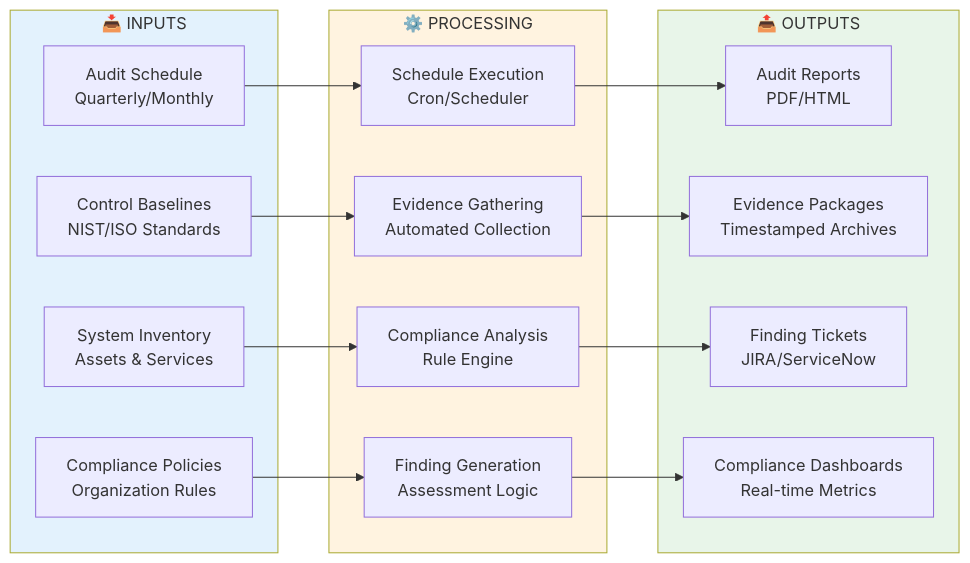
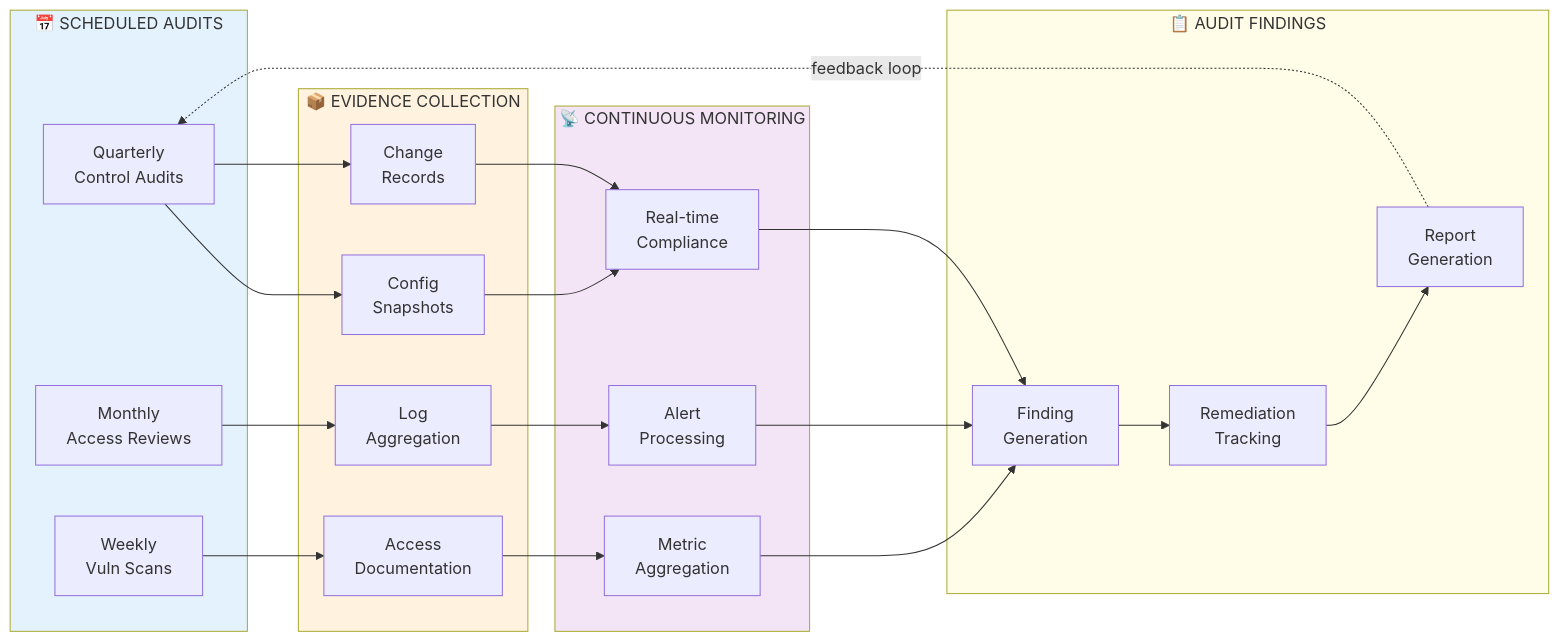
One commit to Suren-Jewels/Scripts-Toolkit changed the second of 3 diagrams in security-compliance/audit-automation/README.md. Above: the diagram before and after it, drawn with Mermaid. The commit also changed other lines of this file, not shown here.

````diff
--- a/security-compliance/audit-automation/README.md
+++ b/security-compliance/audit-automation/README.md
@@ -104,37 +145,51 @@
 ```mermaid
 flowchart LR
-    subgraph INPUTS["📥 INPUTS"]
-        I1[Audit Schedule<br/>Quarterly/Monthly]
-        I2[Control Baselines<br/>NIST/ISO Standards]
-        I3[System Inventory<br/>Assets & Services]
-        I4[Compliance Policies<br/>Organization Rules]
+    subgraph SCHEDULE["📅 SCHEDULED AUDITS"]
+        S1[Quarterly<br/>Control Audits]
+        S2[Monthly<br/>Access Reviews]
+        S3[Weekly<br/>Vuln Scans]
     end
     
-    subgraph PROCESSING["⚙️ PROCESSING"]
-        P1[Schedule Execution<br/>Cron/Scheduler]
-        P2[Evidence Gathering<br/>Automated Collection]
-        P3[Compliance Analysis<br/>Rule Engine]
-        P4[Finding Generation<br/>Assessment Logic]
+    subgraph COLLECT["📦 EVIDENCE COLLECTION"]
+        C1[Config<br/>Snapshots]
+        C2[Log<br/>Aggregation]
+        C3[Access<br/>Documentation]
+        C4[Change<br/>Records]
     end
     
-    subgraph OUTPUTS["📤 OUTPUTS"]
-        O1[Audit Reports<br/>PDF/HTML]
-        O2[Evidence Packages<br/>Timestamped Archives]
-        O3[Finding Tickets<br/>JIRA/ServiceNow]
-        O4[Compliance Dashboards<br/>Real-time Metrics]
+    subgraph MONITOR["📡 CONTINUOUS MONITORING"]
+        M1[Real-time<br/>Compliance]
+        M2[Alert<br/>Processing]
+        M3[Metric<br/>Aggregation]
     end
     
-    I1 --> P1
-    I2 --> P2
-    I3 --> P3
-    I4 --> P4
+    subgraph FINDINGS["📋 AUDIT FINDINGS"]
+        F1[Finding<br/>Generation]
+        F2[Remediation<br/>Tracking]
+        F3[Report<br/>Generation]
+    end
     
-    P1 --> O1
-    P2 --> O2
-    P3 --> O3
-    P4 --> O4
+    S1 --> C1
+    S2 --> C2
+    S3 --> C3
+    S1 --> C4
     
-    style INPUTS fill:#E3F2FD
-    style PROCESSING fill:#FFF3E0
-    style OUTPUTS fill:#E8F5E9
+    C1 --> M1
+    C2 --> M2
+    C3 --> M3
+    C4 --> M1
+    
+    M1 --> F1
+    M2 --> F1
+    M3 --> F1
+    
+    F1 --> F2
+    F2 --> F3
+    
+    F3 -.feedback loop.-> S1
+    
+    style SCHEDULE fill:#E3F2FD
+    style COLLECT fill:#FFF3E0
+    style MONITOR fill:#F3E5F5
+    style FINDINGS fill:#FFFDE7
 ```
````
